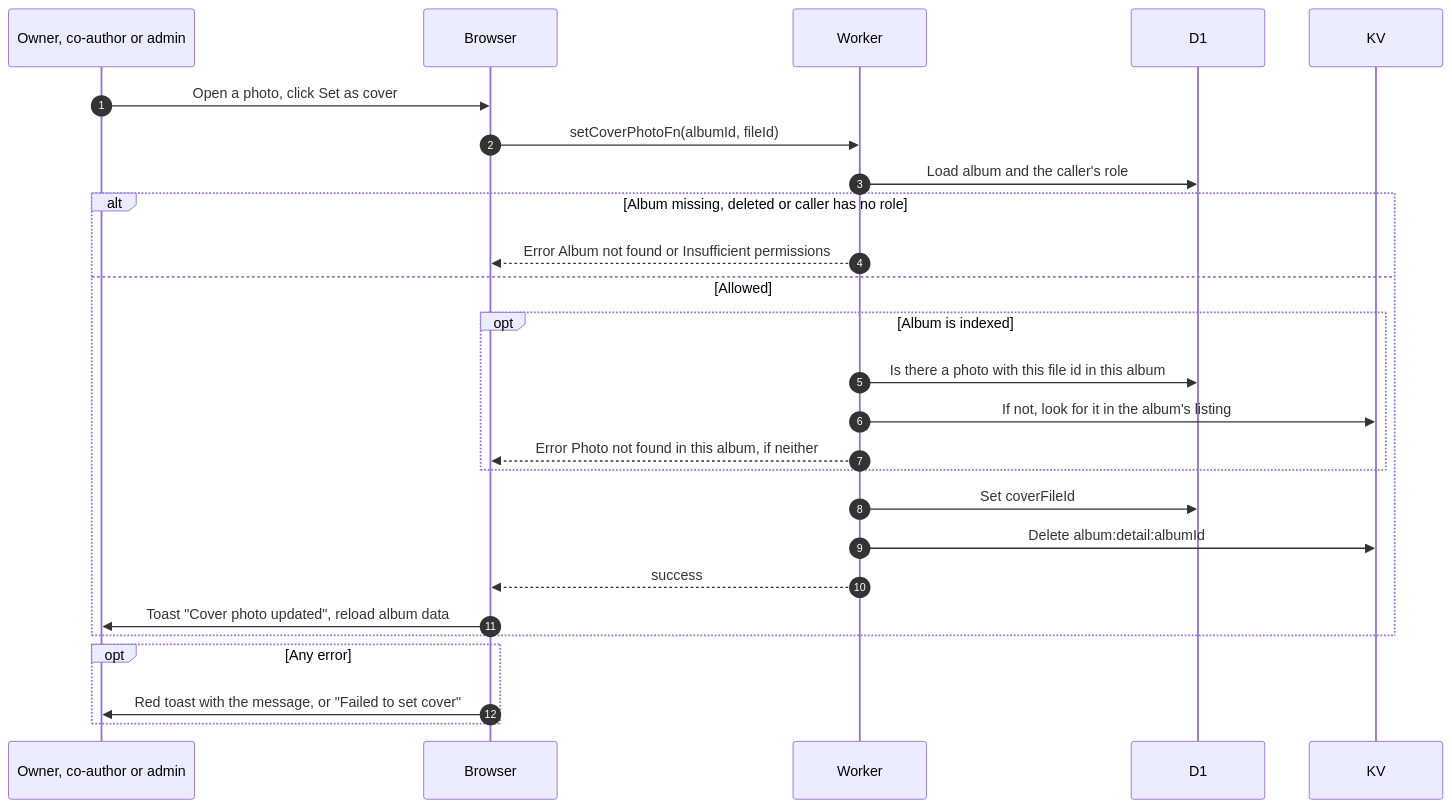
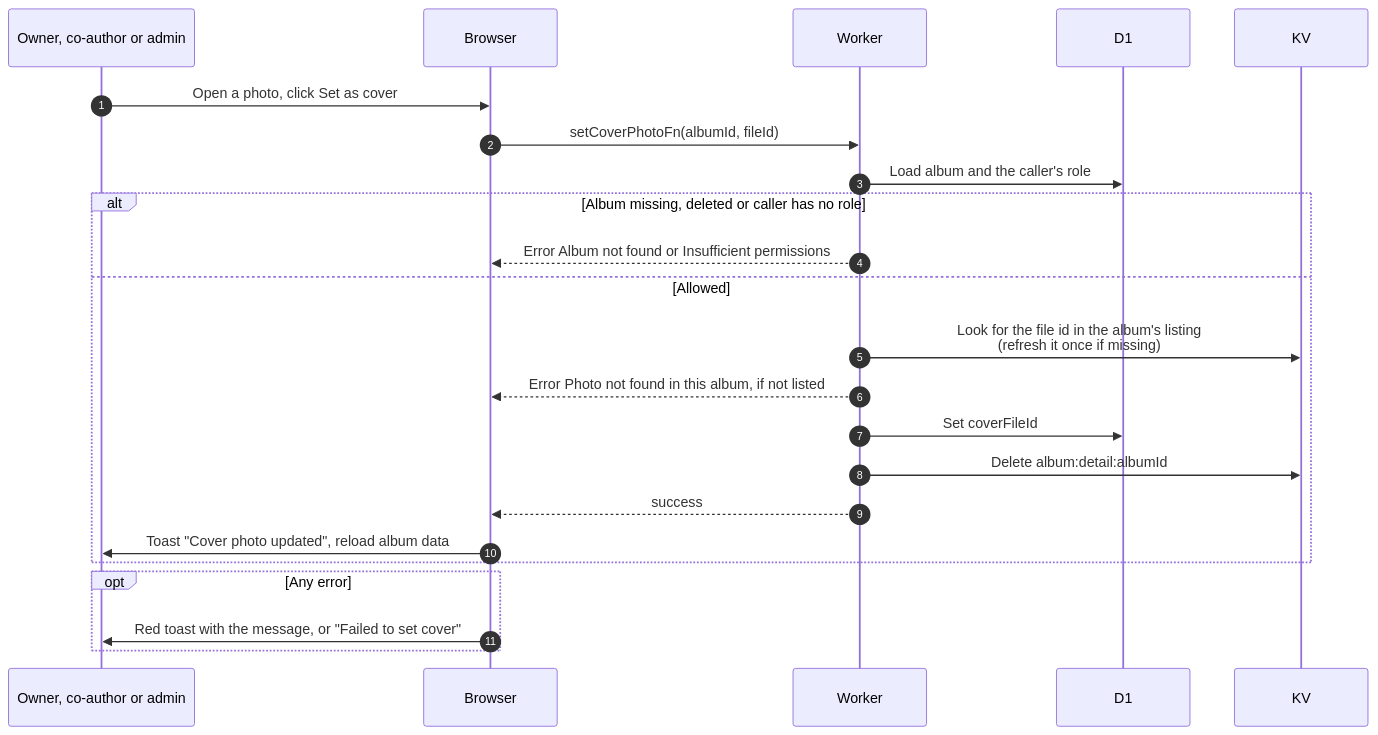
Before and after one commit to sagyzdop/meriksirat: the diagram in docs/scenarios/albums/set-cover-photo.md, drawn with Mermaid. The commit also changed other lines of this file and 45 other files, not shown here.

````diff
--- a/docs/scenarios/albums/set-cover-photo.md
+++ b/docs/scenarios/albums/set-cover-photo.md
@@ -12,28 +12,25 @@
 ```mermaid
 sequenceDiagram
     autonumber
     participant M as Owner, co-author or admin
     participant B as Browser
     participant W as Worker
     participant D as D1
     participant K as KV
     M->>B: Open a photo, click Set as cover
     B->>W: setCoverPhotoFn(albumId, fileId)
     W->>D: Load album and the caller's role
     alt Album missing, deleted or caller has no role
         W-->>B: Error Album not found or Insufficient permissions
     else Allowed
-        opt Album is indexed
-            W->>D: Is there a photo with this file id in this album
-            W->>K: If not, look for it in the album's listing
-            W-->>B: Error Photo not found in this album, if neither
-        end
+        W->>K: Look for the file id in the album's listing<br/>(refresh it once if missing)
+        W-->>B: Error Photo not found in this album, if not listed
         W->>D: Set coverFileId
         W->>K: Delete album:detail:albumId
         W-->>B: success
         B->>M: Toast "Cover photo updated", reload album data
     end
     opt Any error
         B->>M: Red toast with the message, or "Failed to set cover"
     end
 ```
````
